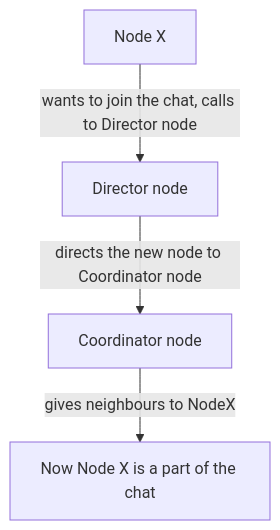
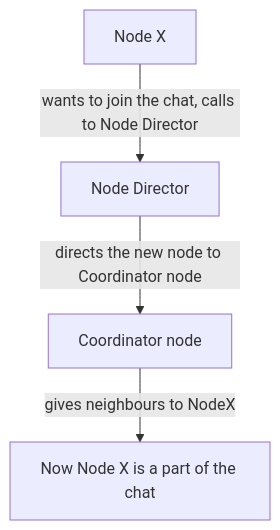
One commit to distro2024/distributed-chat-system changed the diagram in docs/work-plan.md. Above: the diagram before and after it, drawn with Mermaid. The commit also changed other lines of this file, not shown here.

````diff
--- a/docs/work-plan.md
+++ b/docs/work-plan.md
@@ -47,6 +47,6 @@
 ```mermaid
 flowchart TD
-    A[Node X] --> |wants to join the chat, calls to Director node| B[Director node]
+    A[Node X] --> |wants to join the chat, calls to Node Director| B[Node Director]
     B --> |directs the new node to Coordinator node| C[Coordinator node]
     C --> |gives neighbours to NodeX| D[Now Node X is a part of the chat]
 ```
````
